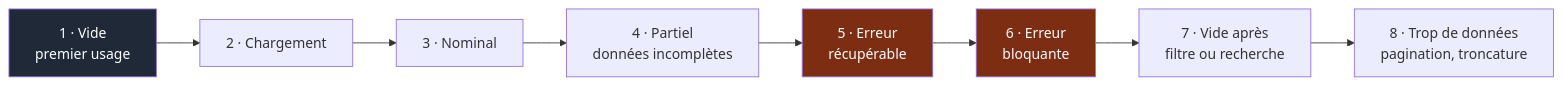
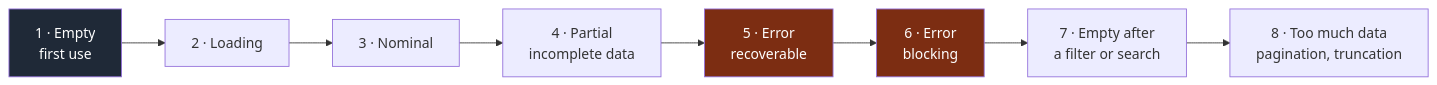
Before and after one commit to NapkinStack/engineering-os: the diagram in skeleton/playbooks/ux.md, drawn with Mermaid. The commit also changed other lines of this file and 87 other files, not shown here.

````diff
--- a/skeleton/playbooks/ux.md
+++ b/skeleton/playbooks/ux.md
@@ -32,14 +32,14 @@
 ```mermaid
 flowchart LR
-    A["1 · Vide<br/>premier usage"] --> B["2 · Chargement"]
+    A["1 · Empty<br/>first use"] --> B["2 · Loading"]
     B --> C["3 · Nominal"]
-    C --> D["4 · Partiel<br/>données incomplètes"]
-    D --> E["5 · Erreur<br/>récupérable"]
-    E --> F["6 · Erreur<br/>bloquante"]
-    F --> G["7 · Vide après<br/>filtre ou recherche"]
-    G --> H["8 · Trop de données<br/>pagination, troncature"]
+    C --> D["4 · Partial<br/>incomplete data"]
+    D --> E["5 · Error<br/>recoverable"]
+    E --> F["6 · Error<br/>blocking"]
+    F --> G["7 · Empty after<br/>a filter or search"]
+    G --> H["8 · Too much data<br/>pagination, truncation"]
 
     style A fill:#1f2937,color:#fff
     style E fill:#7c2d12,color:#fff
     style F fill:#7c2d12,color:#fff
 ```
````
